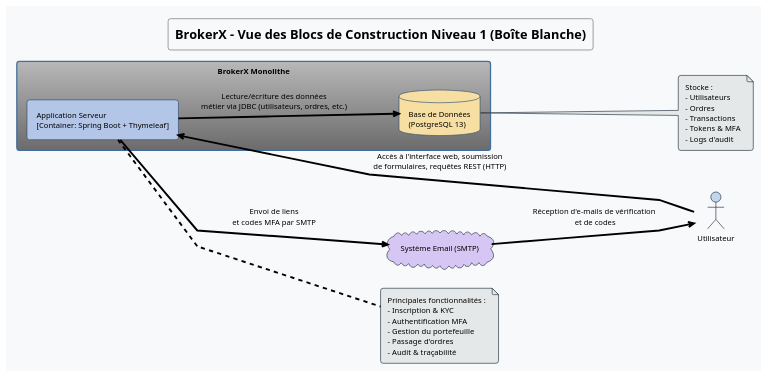
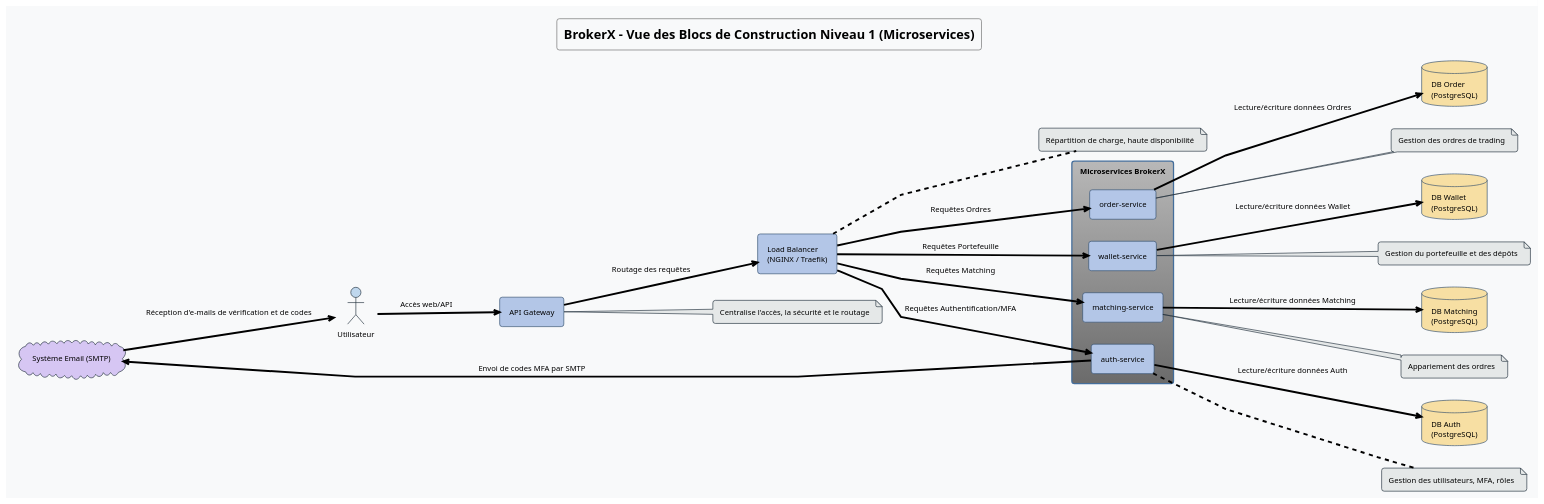
One commit to Hugo-12341234/BrokerX_MicroServices changed the diagram in docs/architecture/arc42/buildingBlockLevel1.puml. Above: the diagram before and after it, drawn with PlantUML. The commit also changed 2 other files, not shown here.

```diff
--- a/docs/architecture/arc42/buildingBlockLevel1.puml
+++ b/docs/architecture/arc42/buildingBlockLevel1.puml
@@ -1,62 +1,84 @@
-@startuml "BrokerX - Vue Briques Niveau 1"
+@startuml "BrokerX - Vue Briques Niveau 1 (Microservices)"
 !theme spacelab
 skinparam backgroundColor #F8F9FA
 skinparam componentStyle rectangle
 skinparam linetype polyline
 skinparam defaultFontColor #000000
 skinparam ArrowColor #000000
 skinparam cloud {
   BackgroundColor #D6C6F3
   BorderColor #212F3C
   FontColor #000000
 }
 skinparam actor {
   BackgroundColor #BFD7ED
   BorderColor #212F3C
   FontColor #000000
 }
 skinparam note {
   BackgroundColor #E5E8E8
   BorderColor #212F3C
   FontColor #000000
 }
 
-title "BrokerX - Vue des Blocs de Construction Niveau 1 (Boîte Blanche)"
+title "BrokerX - Vue des Blocs de Construction Niveau 1 (Microservices)"
 
 left to right direction
 
 ' === Acteurs & Systèmes externes ===
 actor "Utilisateur" as User
 cloud "Système Email (SMTP)" as EmailCloud
 
-' === Système principal ===
-rectangle "BrokerX Monolithe" as BrokerX {
-  component "Application Serveur\n[Container: Spring Boot + Thymeleaf]" as WebApp #B3C6E7
-  database "Base de Données\n(PostgreSQL 13)" as DB #F7DFA3
+' === API Gateway & Load Balancer ===
+component "API Gateway" as APIGW #B3C6E7
+component "Load Balancer\n(NGINX / Traefik)" as LB #B3C6E7
+
+' === Microservices ===
+rectangle "Microservices BrokerX" as Microservices {
+  component "auth-service" as Auth #B3C6E7
+  component "matching-service" as Matching #B3C6E7
+  component "order-service" as Order #B3C6E7
+  component "wallet-service" as Wallet #B3C6E7
 }
 
+' === Bases de données ===
+database "DB Auth\n(PostgreSQL)" as DBAuth #F7DFA3
+database "DB Matching\n(PostgreSQL)" as DBMatching #F7DFA3
+database "DB Order\n(PostgreSQL)" as DBOrder #F7DFA3
+database "DB Wallet\n(PostgreSQL)" as DBWallet #F7DFA3
+
 ' === Connexions ===
-User --> WebApp : "Accès à l'interface web, soumission\nde formulaires, requêtes REST (HTTP)"
-WebApp --> DB : "Lecture/écriture des données\nmétier via JDBC (utilisateurs, ordres, etc.)"
-WebApp --> EmailCloud : "Envoi de liens\net codes MFA par SMTP"
-EmailCloud --> User : "Réception d'e-mails de vérification\n et de codes"
+User --> APIGW : "Accès web/API"
+APIGW --> LB : "Routage des requêtes"
+LB --> Auth : "Requêtes Authentification/MFA"
+LB --> Matching : "Requêtes Matching"
+LB --> Order : "Requêtes Ordres"
+LB --> Wallet : "Requêtes Portefeuille"
+Auth --> DBAuth : "Lecture/écriture données Auth"
+Matching --> DBMatching : "Lecture/écriture données Matching"
+Order --> DBOrder : "Lecture/écriture données Ordres"
+Wallet --> DBWallet : "Lecture/écriture données Wallet"
+Auth --> EmailCloud : "Envoi de codes MFA par SMTP"
+EmailCloud --> User : "Réception d'e-mails de vérification et de codes"
 
 ' === Notes ===
-note right of WebApp
-Principales fonctionnalités :
-- Inscription & KYC
-- Authentification MFA
-- Gestion du portefeuille
-- Passage d'ordres
-- Audit & traçabilité
+note right of APIGW
+Centralise l'accès, la sécurité et le routage
 end note
-note right of DB
-Stocke :
-- Utilisateurs
-- Ordres
-- Transactions
-- Tokens & MFA
-- Logs d'audit
+note right of LB
+Répartition de charge, haute disponibilité
+end note
+note right of Auth
+Gestion des utilisateurs, MFA, rôles
+end note
+note right of Matching
+Appariement des ordres
+end note
+note right of Order
+Gestion des ordres de trading
+end note
+note right of Wallet
+Gestion du portefeuille et des dépôts
 end note
 
 @enduml
```
